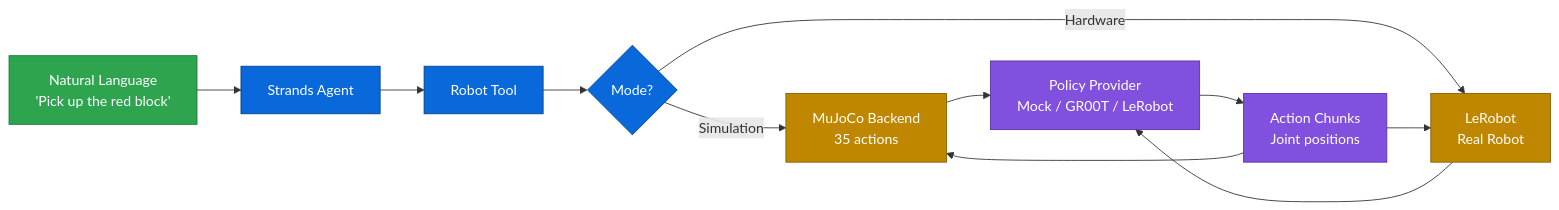
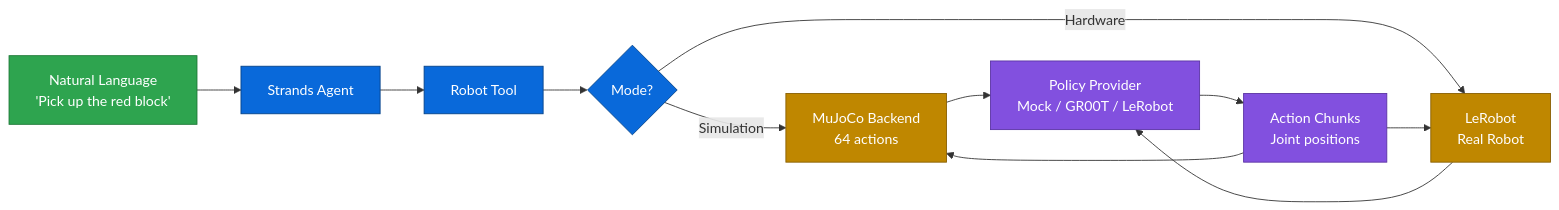
One commit to cagataycali/robots changed the diagram in README.md. Above: the diagram before and after it, drawn with Mermaid. The commit also changed other lines of this file and 2 other files, not shown here.

````diff
--- a/README.md
+++ b/README.md
@@ -51,23 +51,23 @@
 ```mermaid
 graph LR
     A[Natural Language<br/>'Pick up the red block'] --> B[Strands Agent]
     B --> C[Robot Tool]
     C --> D{Mode?}
-    D -->|Simulation| E[MuJoCo Backend<br/>35 actions]
+    D -->|Simulation| E[MuJoCo Backend<br/>64 actions]
     D -->|Hardware| F[LeRobot<br/>Real Robot]
     E --> G[Policy Provider<br/>Mock / GR00T / LeRobot]
     F --> G
     G --> H[Action Chunks<br/>Joint positions]
     H --> E
     H --> F
 
     classDef input fill:#2ea44f,stroke:#1b7735,color:#fff
     classDef agent fill:#0969da,stroke:#044289,color:#fff
     classDef policy fill:#8250df,stroke:#5a32a3,color:#fff
     classDef hardware fill:#bf8700,stroke:#875e00,color:#fff
 
     class A input
     class B,C,D agent
     class E,F hardware
     class G,H policy
 ```
````
